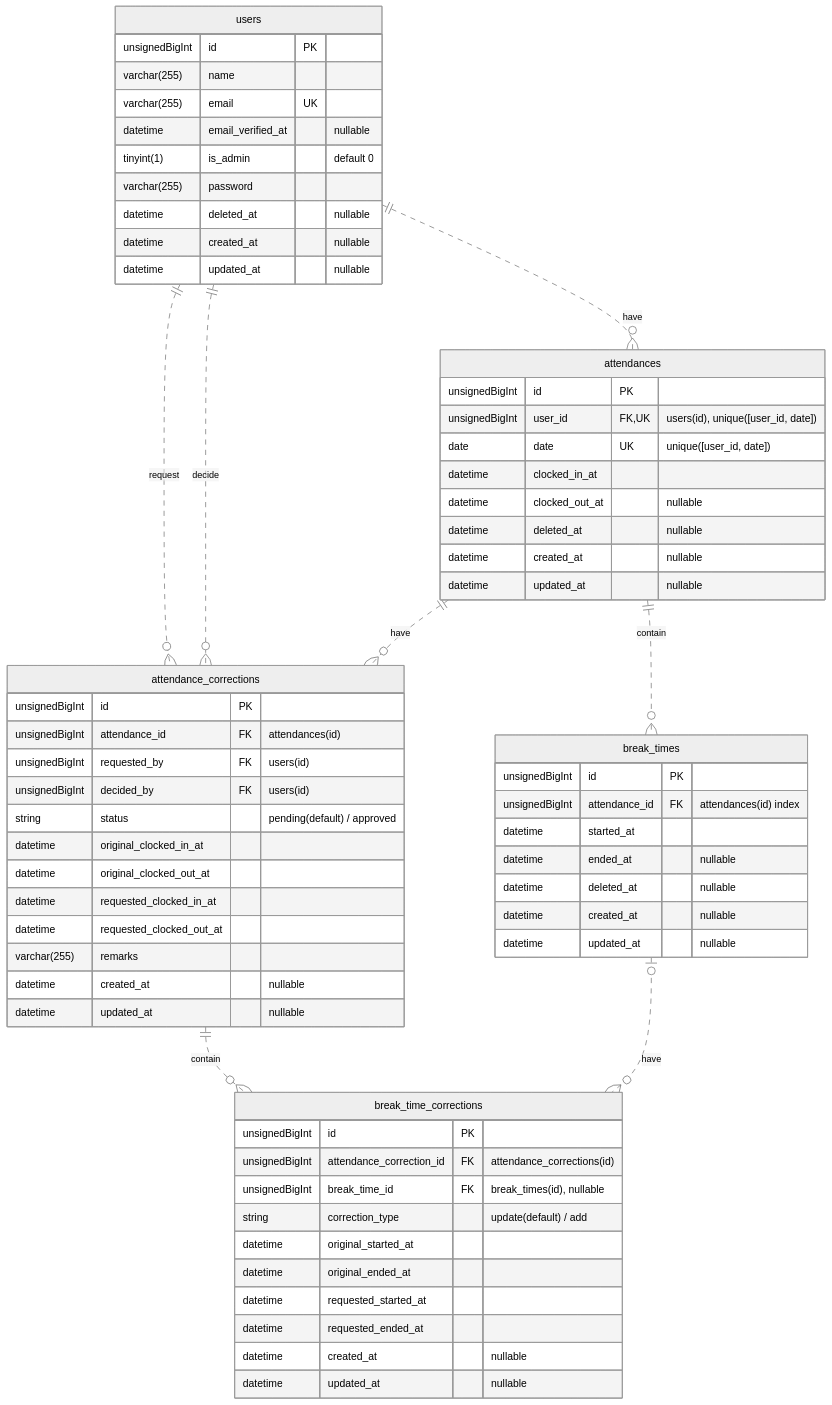
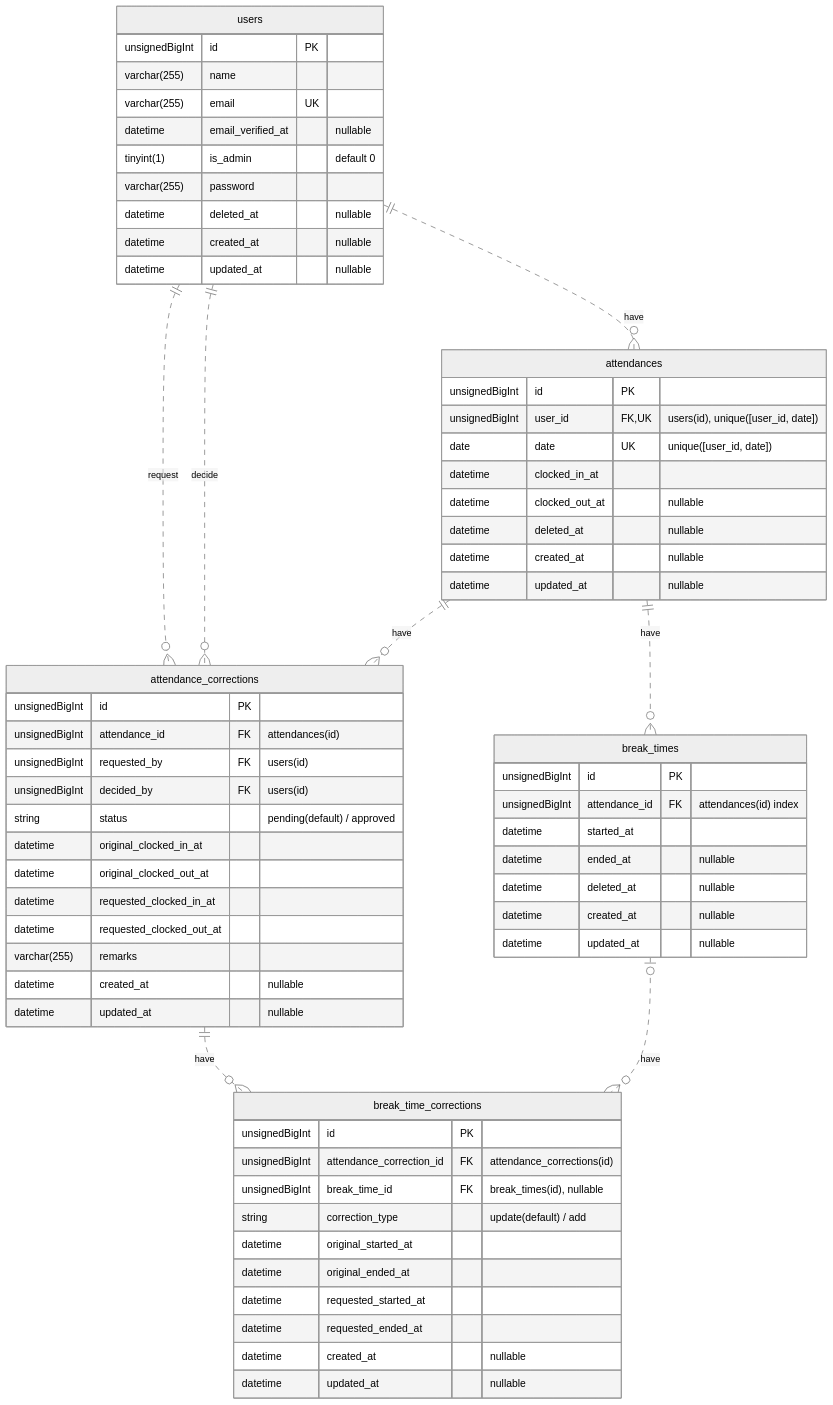
The diagram in README.md (sangwon-lee302/time-and-attendance), drawn with Mermaid (neutral theme) before and after one commit.

Commit message:
refactor: modify relationship label in er diagram

````diff
--- a/README.md
+++ b/README.md
@@ -31,71 +31,71 @@
 ```mermaid
 erDiagram
     users ||..o{ attendances: "have"
     users ||..o{ attendance_corrections: "request"
     users ||..o{ attendance_corrections: "decide"
-    attendances ||..o{ break_times: "contain"
+    attendances ||..o{ break_times: "have"
     attendances ||..o{ attendance_corrections: "have"
-    attendance_corrections ||..o{ break_time_corrections: "contain"
+    attendance_corrections ||..o{ break_time_corrections: "have"
     break_times |o..o{ break_time_corrections: "have"
 
     users {
         unsignedBigInt id PK
         varchar(255) name
         varchar(255) email UK
         datetime email_verified_at "nullable"
         tinyint(1) is_admin "default 0"
         varchar(255) password
         datetime deleted_at "nullable"
         datetime created_at "nullable"
         datetime updated_at "nullable"
     }
 
     attendances {
         unsignedBigInt id PK
         unsignedBigInt user_id FK, UK "users(id), unique([user_id, date])"
         date date UK "unique([user_id, date])"
         datetime clocked_in_at
         datetime clocked_out_at "nullable"
         datetime deleted_at "nullable"
         datetime created_at "nullable"
         datetime updated_at "nullable"
     }
 
     break_times {
         unsignedBigInt id PK
         unsignedBigInt attendance_id FK "attendances(id) index"
         datetime started_at
         datetime ended_at "nullable"
         datetime deleted_at "nullable"
         datetime created_at "nullable"
         datetime updated_at "nullable"
     }
 
     attendance_corrections {
         unsignedBigInt id PK
         unsignedBigInt attendance_id FK "attendances(id)"
         unsignedBigInt requested_by FK "users(id)"
         unsignedBigInt decided_by FK "users(id)"
         string status "pending(default) / approved"
         datetime original_clocked_in_at
         datetime original_clocked_out_at
         datetime requested_clocked_in_at
         datetime requested_clocked_out_at
         varchar(255) remarks
         datetime created_at "nullable"
         datetime updated_at "nullable"
     }
 
     break_time_corrections {
         unsignedBigInt id PK
         unsignedBigInt attendance_correction_id FK "attendance_corrections(id)"
         unsignedBigInt break_time_id FK "break_times(id), nullable"
         string correction_type "update(default) / add"
         datetime original_started_at
         datetime original_ended_at
         datetime requested_started_at
         datetime requested_ended_at
         datetime created_at "nullable"
         datetime updated_at "nullable"
     }
 ```
````
